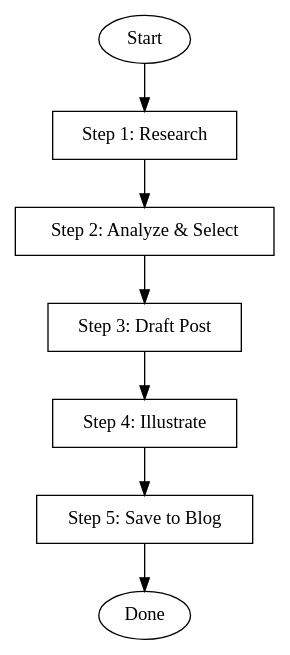
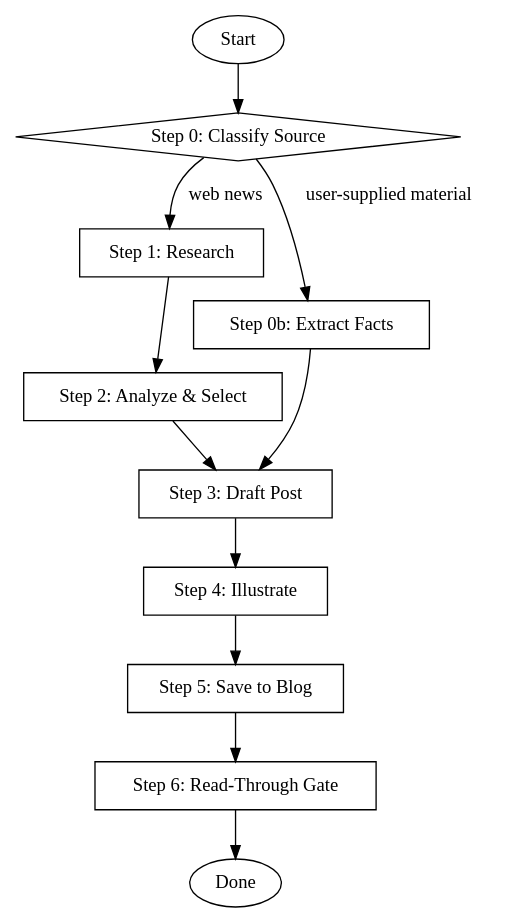
The diagram in skills/ai-news-to-blog/SKILL.md (ForestDengHK/claude-skills-plugin), drawn with Graphviz before and after one commit. The commit also changed other lines of this file, not shown here.

First line of the commit message:
ai-news-to-blog: supplied-material path, fact extraction, style calibration, read-through gate

````diff
--- a/skills/ai-news-to-blog/SKILL.md
+++ b/skills/ai-news-to-blog/SKILL.md
@@ -12,20 +12,27 @@
 ```dot
 digraph workflow {
     rankdir=TB;
 
     "Start" [shape=ellipse];
+    "Step 0: Classify Source" [shape=diamond];
     "Step 1: Research" [shape=box];
     "Step 2: Analyze & Select" [shape=box];
+    "Step 0b: Extract Facts" [shape=box];
     "Step 3: Draft Post" [shape=box];
     "Step 4: Illustrate" [shape=box];
     "Step 5: Save to Blog" [shape=box];
+    "Step 6: Read-Through Gate" [shape=box];
     "Done" [shape=ellipse];
 
-    "Start" -> "Step 1: Research";
+    "Start" -> "Step 0: Classify Source";
+    "Step 0: Classify Source" -> "Step 1: Research" [label="web news"];
+    "Step 0: Classify Source" -> "Step 0b: Extract Facts" [label="user-supplied material"];
     "Step 1: Research" -> "Step 2: Analyze & Select";
     "Step 2: Analyze & Select" -> "Step 3: Draft Post";
+    "Step 0b: Extract Facts" -> "Step 3: Draft Post";
     "Step 3: Draft Post" -> "Step 4: Illustrate";
     "Step 4: Illustrate" -> "Step 5: Save to Blog";
-    "Step 5: Save to Blog" -> "Done";
+    "Step 5: Save to Blog" -> "Step 6: Read-Through Gate";
+    "Step 6: Read-Through Gate" -> "Done";
 }
 ```
````
